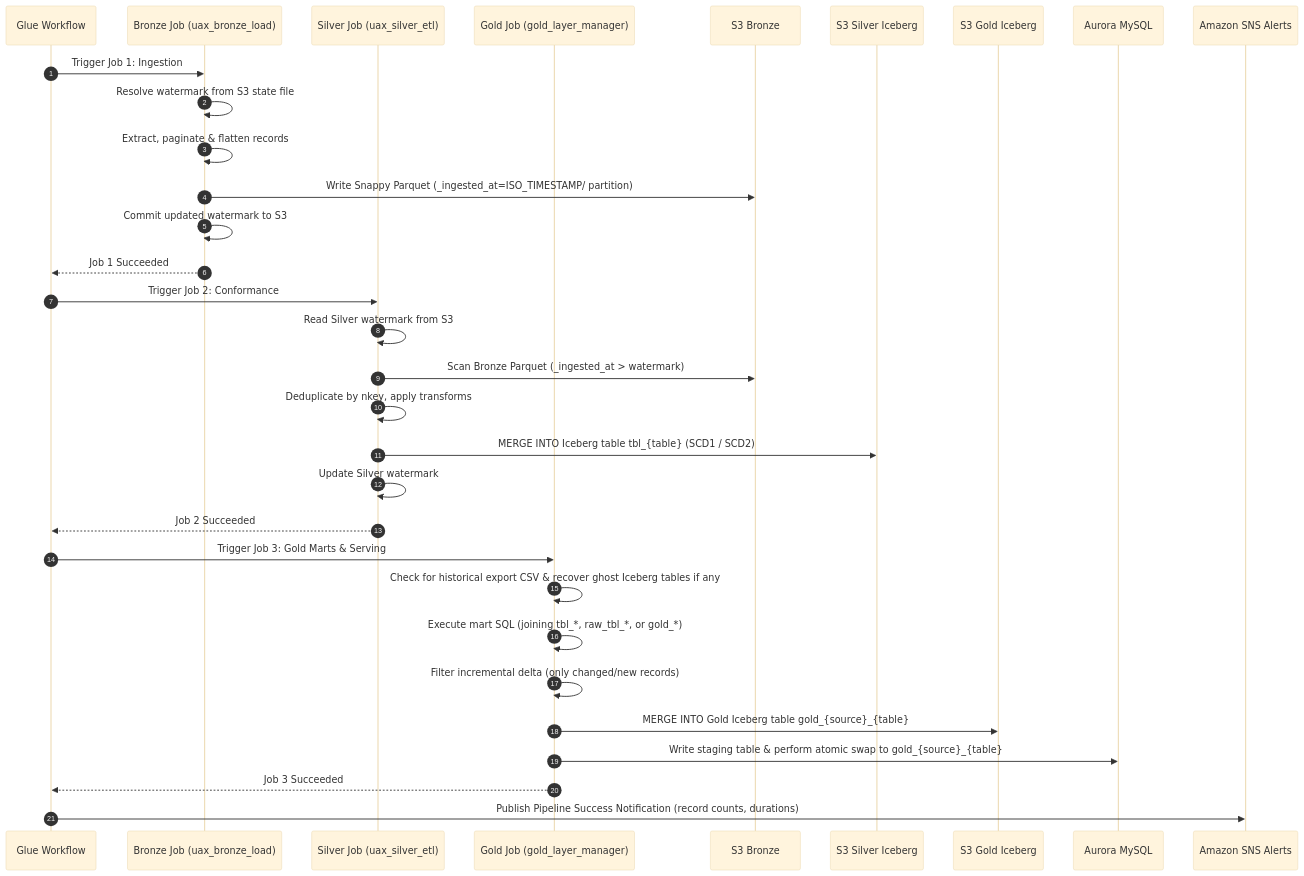
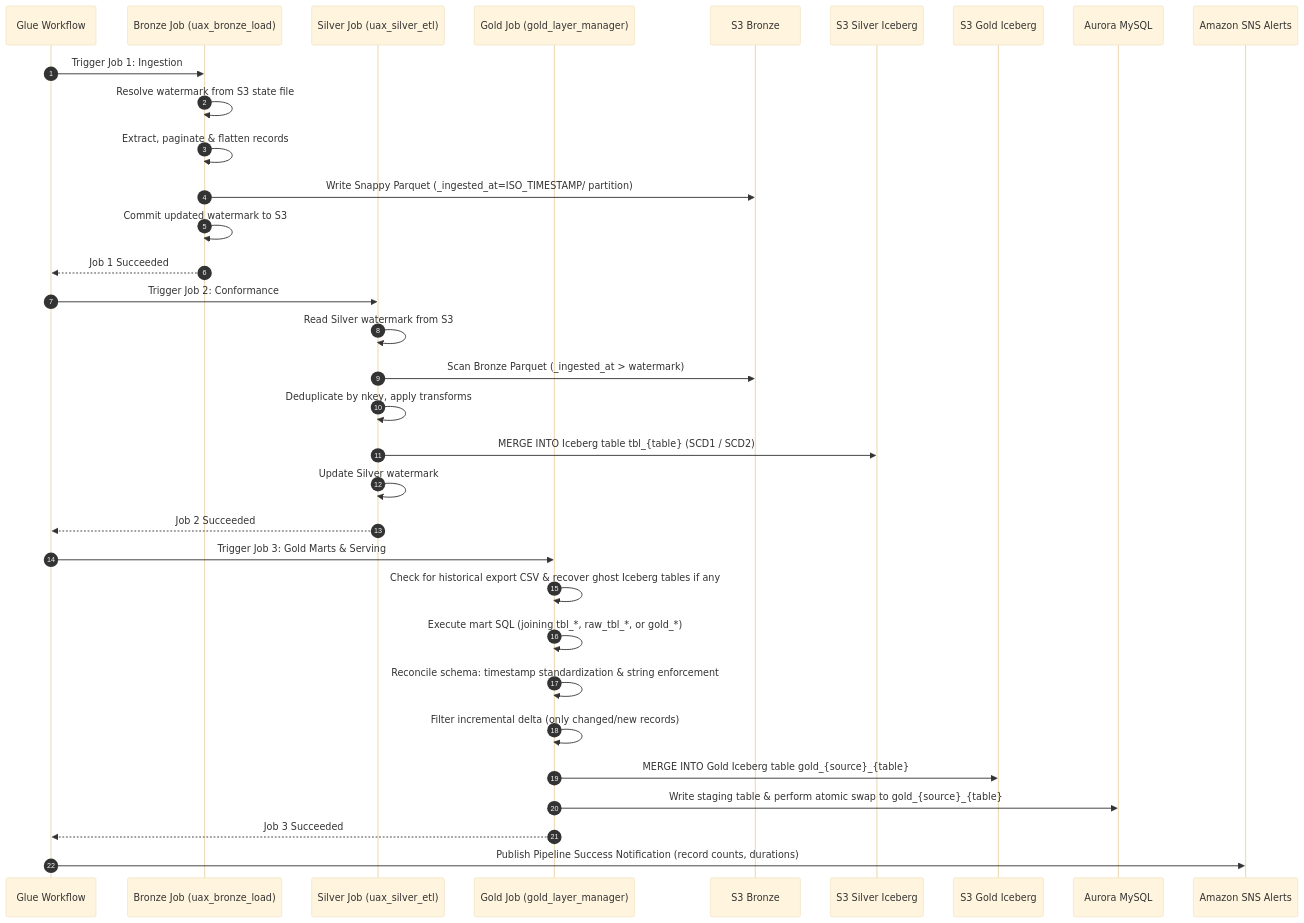
One commit to Nilkamal-m/Data-pipeline changed the second of 2 diagrams in docs/ARCHITECTURE.md. Above: the diagram before and after it, drawn with Mermaid (base theme). The commit also changed other lines of this file and 6 other files, not shown here.

````diff
--- a/docs/ARCHITECTURE.md
+++ b/docs/ARCHITECTURE.md
@@ -148,38 +148,39 @@
 ```mermaid
 sequenceDiagram
     autonumber
     participant GWF as Glue Workflow
     participant BZ as Bronze Job (uax_bronze_load)
     participant SV as Silver Job (uax_silver_etl)
     participant GD as Gold Job (gold_layer_manager)
     participant S3B as S3 Bronze
     participant S3S as S3 Silver Iceberg
     participant S3G as S3 Gold Iceberg
     participant AURORA as Aurora MySQL
     participant SNS as Amazon SNS Alerts
 
     GWF->>BZ: Trigger Job 1: Ingestion
     BZ->>BZ: Resolve watermark from S3 state file
     BZ->>BZ: Extract, paginate & flatten records
     BZ->>S3B: Write Snappy Parquet (_ingested_at=ISO_TIMESTAMP/ partition)
     BZ->>BZ: Commit updated watermark to S3
     BZ-->>GWF: Job 1 Succeeded
 
     GWF->>SV: Trigger Job 2: Conformance
     SV->>SV: Read Silver watermark from S3
     SV->>S3B: Scan Bronze Parquet (_ingested_at > watermark)
     SV->>SV: Deduplicate by nkey, apply transforms
     SV->>S3S: MERGE INTO Iceberg table tbl_{table} (SCD1 / SCD2)
     SV->>SV: Update Silver watermark
     SV-->>GWF: Job 2 Succeeded
 
     GWF->>GD: Trigger Job 3: Gold Marts & Serving
     GD->>GD: Check for historical export CSV & recover ghost Iceberg tables if any
     GD->>GD: Execute mart SQL (joining tbl_*, raw_tbl_*, or gold_*)
+    GD->>GD: Reconcile schema: timestamp standardization & string enforcement
     GD->>GD: Filter incremental delta (only changed/new records)
     GD->>S3G: MERGE INTO Gold Iceberg table gold_{source}_{table}
     GD->>AURORA: Write staging table & perform atomic swap to gold_{source}_{table}
     GD-->>GWF: Job 3 Succeeded
 
     GWF->>SNS: Publish Pipeline Success Notification (record counts, durations)
 ```
````
